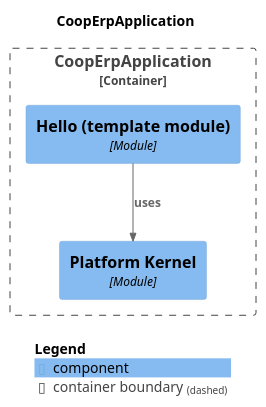
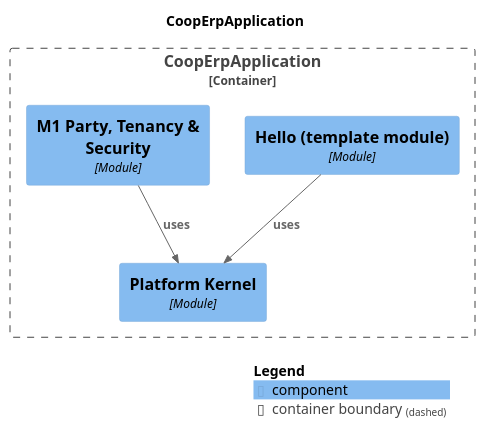
Before and after one commit to Knoweb/COOP_ERP: the diagram in docs/modules/components.puml, drawn with PlantUML. The commit also changed 17 other files, not shown here.

```diff
--- a/docs/modules/components.puml
+++ b/docs/modules/components.puml
@@ -1,19 +1,21 @@
 @startuml
 set separator none
 title CoopErpApplication
 
 top to bottom direction
 
 !include <C4/C4>
 !include <C4/C4_Context>
 !include <C4/C4_Component>
 
 Container_Boundary("CoopErpApplication.CoopErpApplication_boundary", "CoopErpApplication", $tags="") {
   Component(CoopErpApplication.CoopErpApplication.PlatformKernel, "Platform Kernel", $techn="Module", $descr="", $tags="", $link="")
   Component(CoopErpApplication.CoopErpApplication.Hellotemplatemodule, "Hello (template module)", $techn="Module", $descr="", $tags="", $link="")
+  Component(CoopErpApplication.CoopErpApplication.M1PartyTenancySecurity, "M1 Party, Tenancy & Security", $techn="Module", $descr="", $tags="", $link="")
 }
 
 Rel(CoopErpApplication.CoopErpApplication.Hellotemplatemodule, CoopErpApplication.CoopErpApplication.PlatformKernel, "uses", $techn="", $tags="", $link="")
+Rel(CoopErpApplication.CoopErpApplication.M1PartyTenancySecurity, CoopErpApplication.CoopErpApplication.PlatformKernel, "uses", $techn="", $tags="", $link="")
 
 SHOW_LEGEND(true)
 @enduml
```
